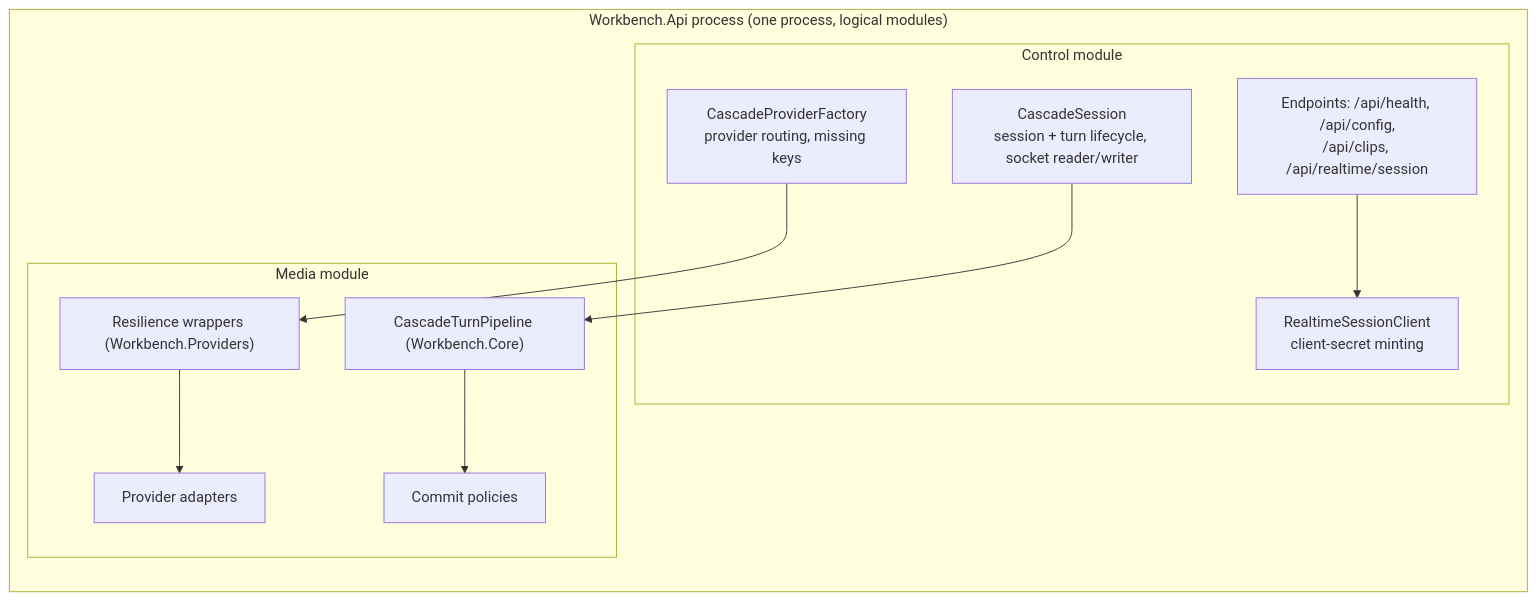
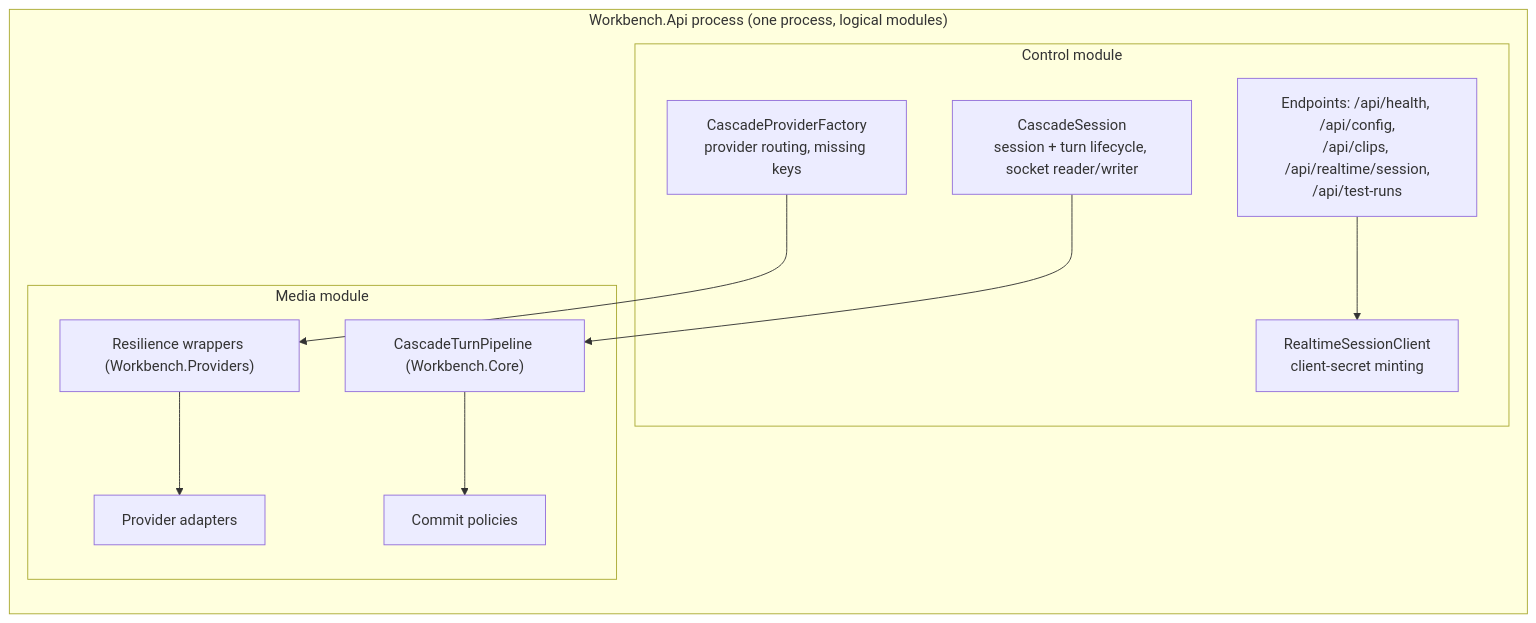
One commit to debudash/realtimevscascade-translation changed the fourth of 4 diagrams in docs/architecture/hla.md. Above: the diagram before and after it, drawn with Mermaid. The commit also changed other lines of this file and 2 other files, not shown here.

First line of the commit message:
docs(architecture): sync the as-built HLA, LLA and sequences to commit 1e3f900

````diff
--- a/docs/architecture/hla.md
+++ b/docs/architecture/hla.md
@@ -85,21 +108,21 @@
 ```mermaid
 flowchart LR
     subgraph proc["Workbench.Api process (one process, logical modules)"]
         subgraph control["Control module"]
-            ep["Endpoints: /api/health, /api/config,<br/>/api/clips, /api/realtime/session"]
+            ep["Endpoints: /api/health, /api/config,<br/>/api/clips, /api/realtime/session,<br/>/api/test-runs"]
             sess["CascadeSession<br/>session + turn lifecycle, socket reader/writer"]
             fac["CascadeProviderFactory<br/>provider routing, missing keys"]
             mint["RealtimeSessionClient<br/>client-secret minting"]
         end
         subgraph media["Media module"]
             pipe["CascadeTurnPipeline (Workbench.Core)"]
             pol["Commit policies"]
             res["Resilience wrappers (Workbench.Providers)"]
             ad["Provider adapters"]
         end
     end
     sess --> pipe
     fac --> res --> ad
     pipe --> pol
     ep --> mint
 ```
````
